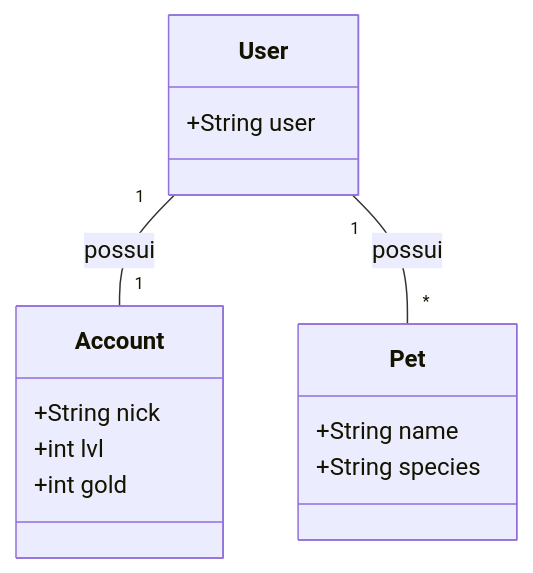
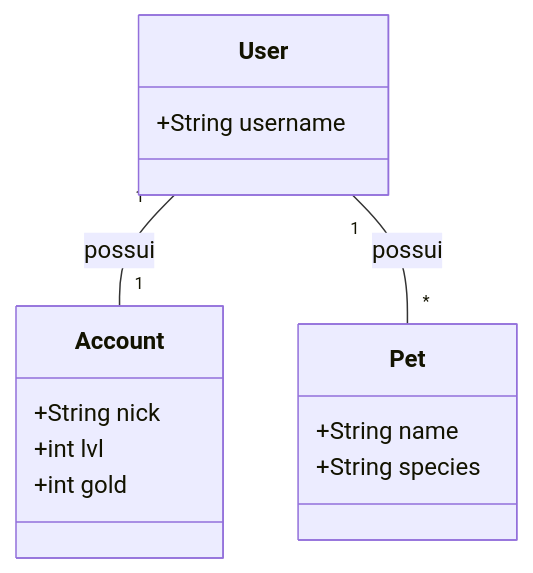
One commit to lincolntaranto/projeto-dio changed the diagram in README.md. Above: the diagram before and after it, drawn with Mermaid. The commit also changed 11 other files, not shown here.

````diff
--- a/README.md
+++ b/README.md
@@ -6,17 +6,17 @@
 ```mermaid
 classDiagram
     User "1" -- "1" Account: possui
     User "1" -- "*" Pet: possui
     class User {
-        +String user
+        +String username
     }
     class Account {
         +String nick
         +int lvl
         +int gold
     }
     class Pet {
         +String name
         +String species
     }
 ```
````
